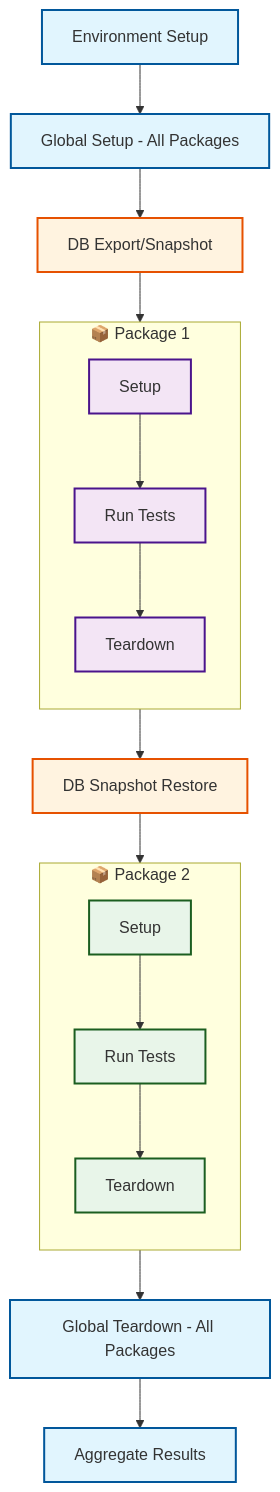
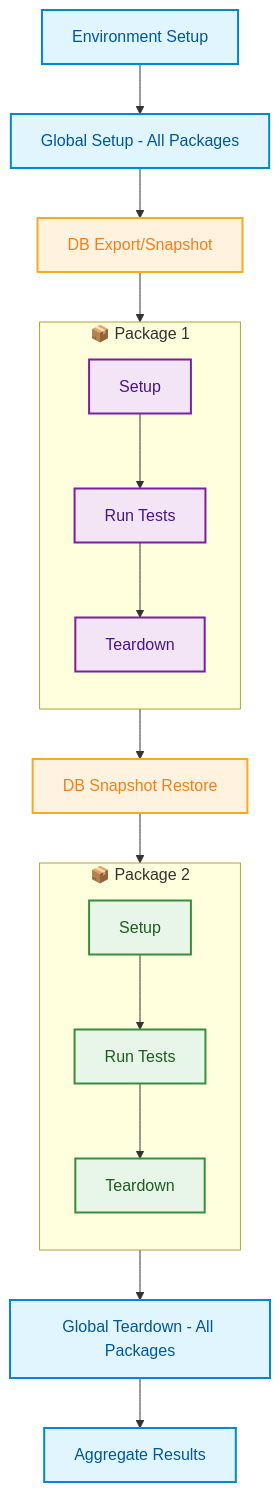
The diagram in docs/test-packages/tutorials/combining-packages.md (woocommerce/qit-documentation), drawn with Mermaid before and after one commit.

Commit message:
Fix graph colors

````diff
--- a/docs/test-packages/tutorials/combining-packages.md
+++ b/docs/test-packages/tutorials/combining-packages.md
@@ -46,41 +46,41 @@
 ```mermaid
 flowchart TD
     A[Environment Setup]:::global 
     B[Global Setup - All Packages]:::global
     C[DB Export/Snapshot]:::db
     
     A --> B
     B --> C
     
     subgraph P1["📦 Package 1"]
         direction TB
         D[Setup]:::package1
         E[Run Tests]:::package1
         F[Teardown]:::package1
         D --> E --> F
     end
     
     C --> P1
     P1 --> G[DB Snapshot Restore]:::db
     
     subgraph P2["📦 Package 2"]
         direction TB
         H[Setup]:::package2
         I[Run Tests]:::package2
         J[Teardown]:::package2
         H --> I --> J
     end
     
     G --> P2
     
     K[Global Teardown - All Packages]:::global
     L[Aggregate Results]:::global
     
     P2 --> K
     K --> L
     
-    classDef global fill:#e1f5fe,stroke:#01579b,stroke-width:2px
-    classDef db fill:#fff3e0,stroke:#e65100,stroke-width:2px
-    classDef package1 fill:#f3e5f5,stroke:#4a148c,stroke-width:2px
-    classDef package2 fill:#e8f5e9,stroke:#1b5e20,stroke-width:2px
+    classDef global fill:#e1f5fe,stroke:#0288d1,stroke-width:2px,color:#01579b
+    classDef db fill:#fff3e0,stroke:#f9a825,stroke-width:2px,color:#f57f17
+    classDef package1 fill:#f3e5f5,stroke:#7b1fa2,stroke-width:2px,color:#4a148c
+    classDef package2 fill:#e8f5e9,stroke:#388e3c,stroke-width:2px,color:#1b5e20
 ```
````
